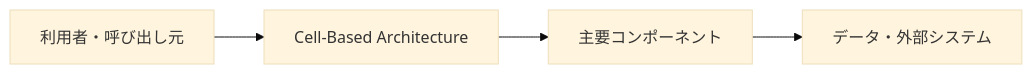
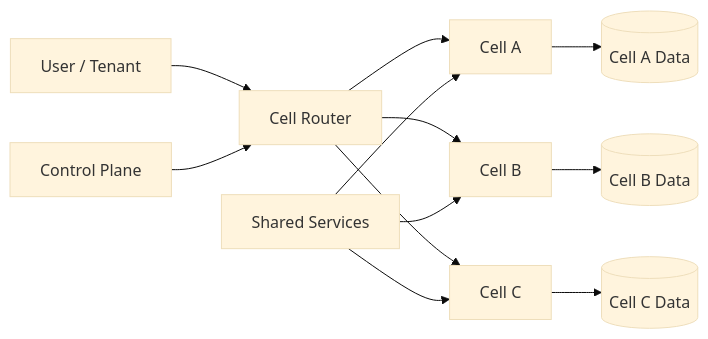
The diagram in docs/セキュリティ・信頼性系/セルベースアーキテクチャ.md (t-shirayama/architecture-notes), drawn with Mermaid (base theme) before and after one commit. The commit also changed other lines of this file and 8 other files, not shown here.

````diff
--- a/docs/セキュリティ・信頼性系/セルベースアーキテクチャ.md
+++ b/docs/セキュリティ・信頼性系/セルベースアーキテクチャ.md
@@ -24,6 +30,16 @@
 ```mermaid
 flowchart LR
-    A[利用者・呼び出し元] --> B[Cell-Based Architecture]
-    B --> C[主要コンポーネント]
-    C --> D[データ・外部システム]
+    User[User / Tenant] --> Router[Cell Router]
+    Router --> CellA[Cell A]
+    Router --> CellB[Cell B]
+    Router --> CellC[Cell C]
+
+    CellA --> DBA[(Cell A Data)]
+    CellB --> DBB[(Cell B Data)]
+    CellC --> DBC[(Cell C Data)]
+
+    Control[Control Plane] --> Router
+    Shared[Shared Services] --> CellA
+    Shared --> CellB
+    Shared --> CellC
 ```
````
